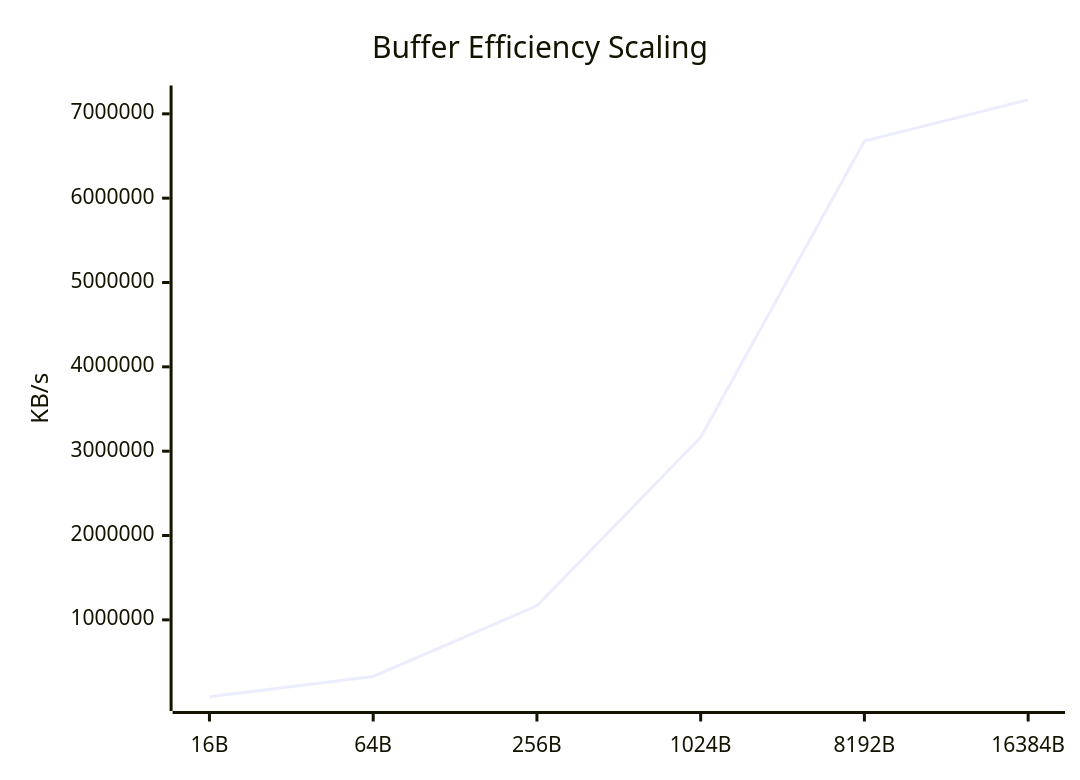
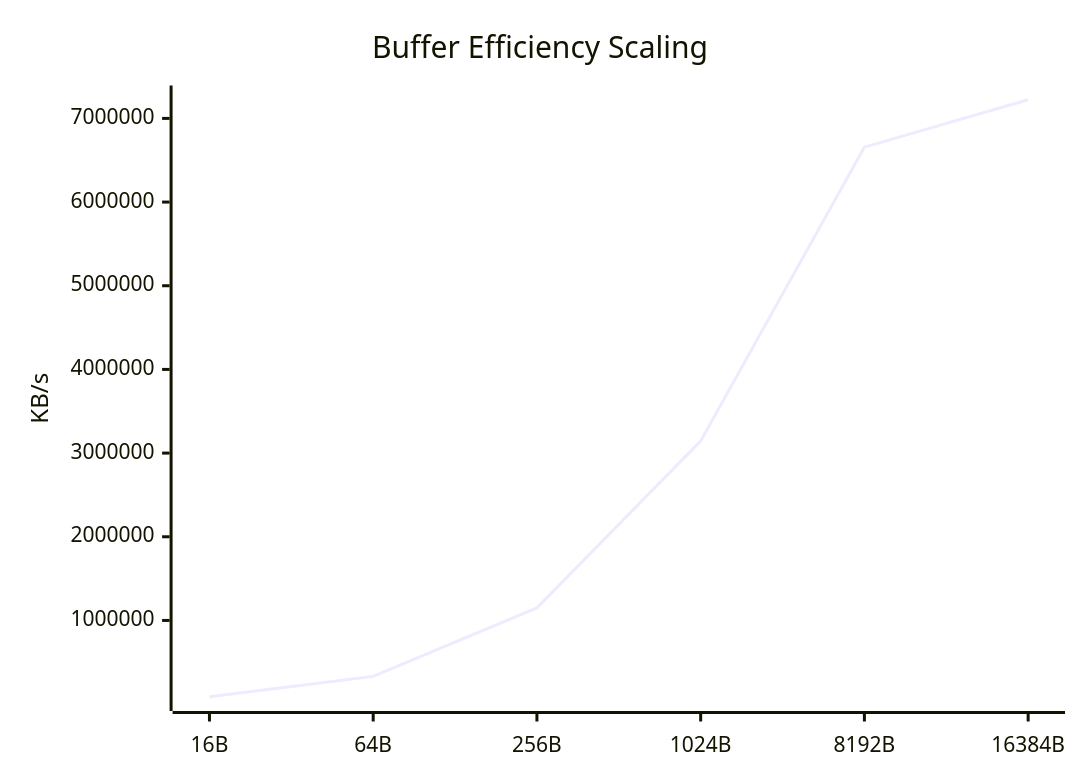
The sixth of 9 diagrams in docs/Comparison_Report.md (taha2samy/openssl_fips), drawn with Mermaid before and after one commit. The commit also changed other lines of this file and 2 other files, not shown here.

````diff
--- a/docs/Comparison_Report.md
+++ b/docs/Comparison_Report.md
@@ -102,7 +102,7 @@
 ```mermaid
 xychart-beta
     title "Buffer Efficiency Scaling"
     x-axis [16B, 64B, 256B, 1024B, 8192B, 16384B]
     y-axis "KB/s"
-    line [88298.36, 329372.32, 1166021.12, 3163321.34, 6676721.66, 7166976.0]
+    line [88005.22, 331576.67, 1149800.83, 3144120.83, 6656360.45, 7222861.82]
 ```
````
